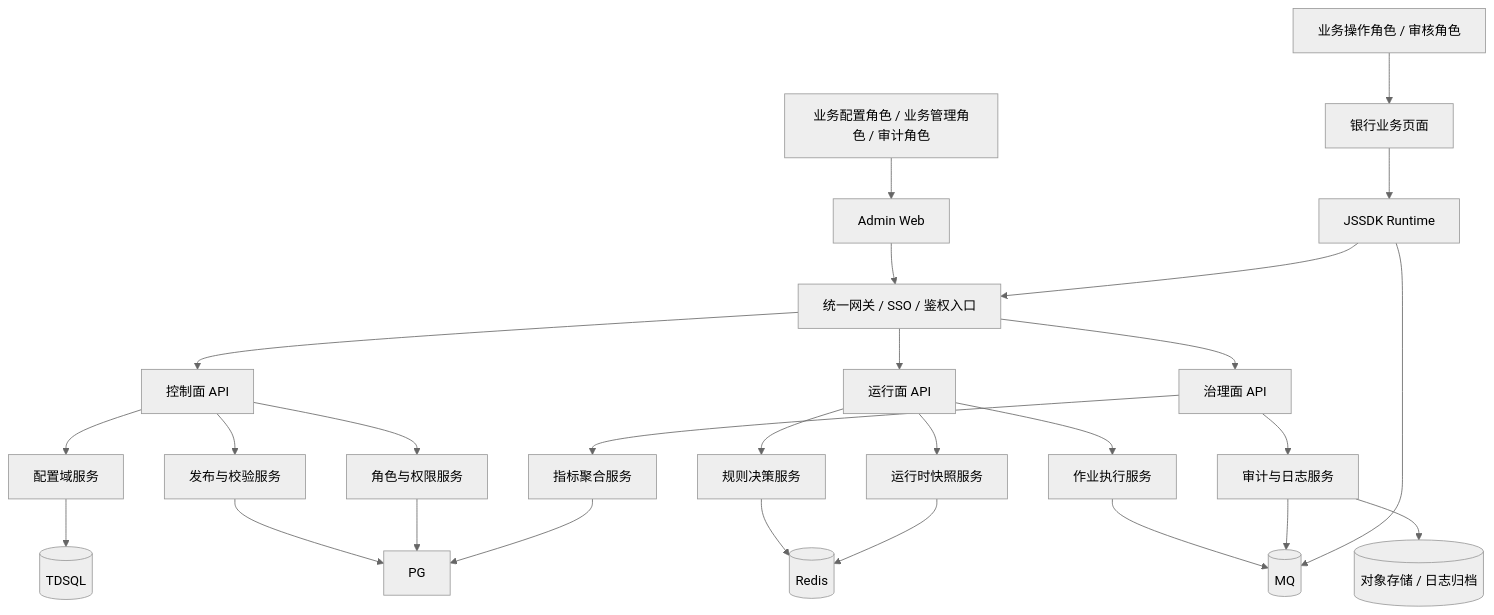
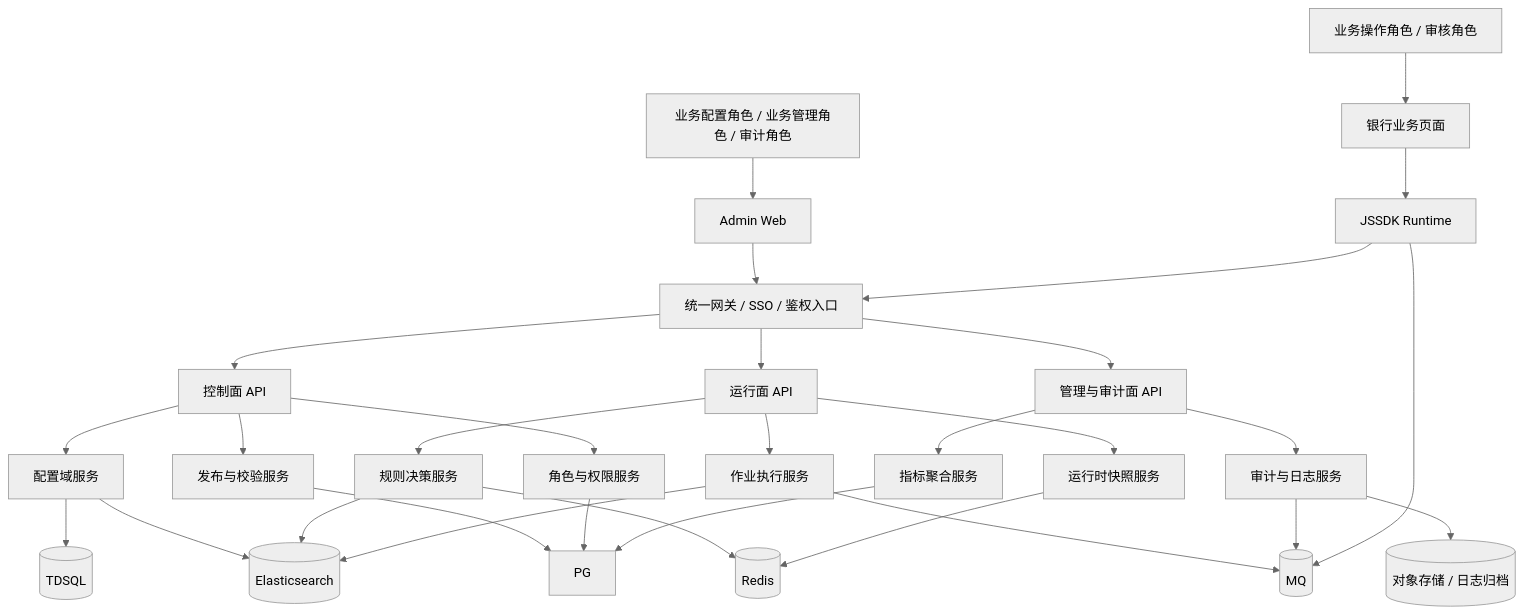
One commit to gaikin/config-center-new changed the first of 3 diagrams in spec/config-center-product/architecture.md. Above: the diagram before and after it, drawn with Mermaid (neutral theme). The commit also changed other lines of this file and 22 other files, not shown here.

````diff
--- a/spec/config-center-product/architecture.md
+++ b/spec/config-center-product/architecture.md
@@ -65,35 +65,38 @@
 ```mermaid
 graph TD
     U1[业务配置角色 / 业务管理角色 / 审计角色] --> AW[Admin Web]
     U2[业务操作角色 / 审核角色] --> BS[银行业务页面]
     BS --> SDK[JSSDK Runtime]
 
     AW --> GW[统一网关 / SSO / 鉴权入口]
     SDK --> GW
 
     GW --> CP[控制面 API]
     GW --> RP[运行面 API]
-    GW --> GP[治理面 API]
+    GW --> GP[管理与审计面 API]
 
     CP --> CFG[配置域服务]
     CP --> PUB[发布与校验服务]
     CP --> IAM[角色与权限服务]
 
     RP --> SNAP[运行时快照服务]
     RP --> RULE[规则决策服务]
     RP --> EXEC[作业执行服务]
 
     GP --> AUDIT[审计与日志服务]
     GP --> METRIC[指标聚合服务]
 
     CFG --> DB[(TDSQL)]
+    CFG --> ES[(Elasticsearch)]
     PUB --> PG
     IAM --> PG
     RULE --> REDIS[(Redis)]
+    RULE --> ES
     SNAP --> REDIS
+    EXEC --> ES
     EXEC --> MQ[(MQ)]
     AUDIT --> MQ
     AUDIT --> OSS[(对象存储 / 日志归档)]
     METRIC --> PG
     SDK --> MQ
 ```
````
